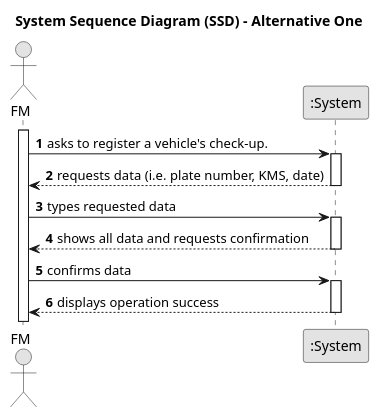
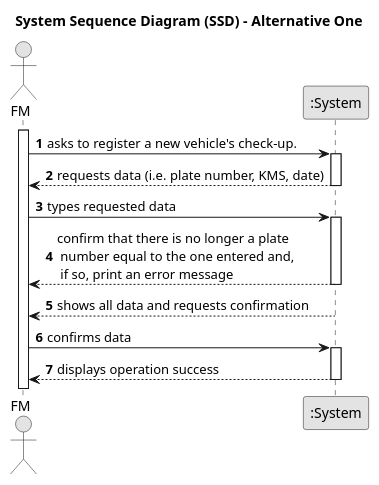
One commit to daniel41silva05/ISEP_2023_2024_LAPR2 changed the diagram in docs/sprintA/us007/01.requirements-engineering/puml/us007-system-sequence-diagram-alternative-one.puml. Above: the diagram before and after it, drawn with PlantUML. The commit also changed 9 other files, not shown here.

```diff
--- a/docs/sprintA/us007/01.requirements-engineering/puml/us007-system-sequence-diagram-alternative-one.puml
+++ b/docs/sprintA/us007/01.requirements-engineering/puml/us007-system-sequence-diagram-alternative-one.puml
@@ -1,35 +1,36 @@
 @startuml
 skinparam monochrome true
 skinparam packageStyle rectangle
 skinparam shadowing false
 
 title System Sequence Diagram (SSD) - Alternative One
 
 autonumber
 
 actor "FM" as Employee
 participant ":System" as System
 
 activate Employee
 
-    Employee -> System : asks to register a vehicle's check-up.
+    Employee -> System : asks to register a new vehicle's check-up.
     activate System
 
         System --> Employee : requests data (i.e. plate number, KMS, date)
     deactivate System
 
     Employee -> System : types requested data
     activate System
 
-
+        System --> Employee : confirm that there is no longer a plate\n number equal to the one entered and,\n if so, print an error message
+    deactivate System
 
         System --> Employee : shows all data and requests confirmation
     deactivate System
 
     Employee -> System : confirms data
     activate System
 
         System --> Employee : displays operation success
     deactivate System
 
 @enduml
```
